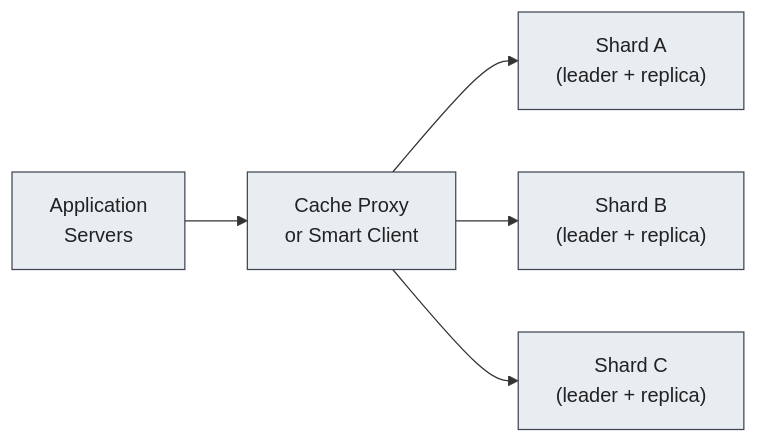
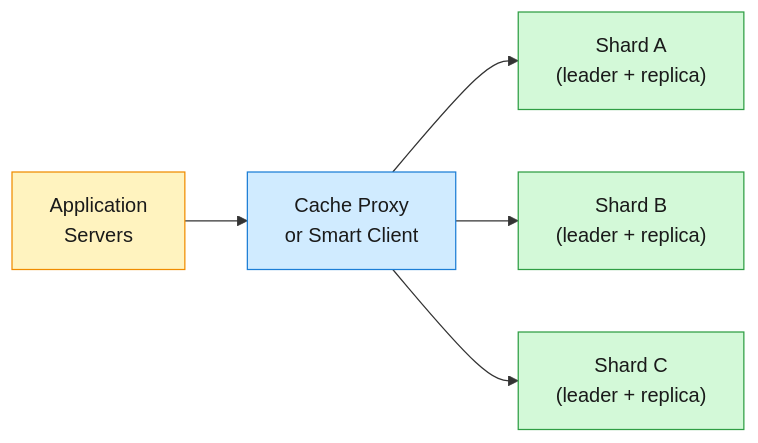
Before and after one commit to iliazlobin/iliazlobin.github.io: the first of 2 diagrams in _designs/system-design-distributed-cache.md, drawn with Mermaid. The commit also changed other lines of this file and 7 other files, not shown here.

First line of the commit message:
designs: fix Stock Trading — empty callouts + monochrome diagrams (#97)

````diff
--- a/_designs/system-design-distributed-cache.md
+++ b/_designs/system-design-distributed-cache.md
@@ -25,13 +25,17 @@
 ```mermaid
 flowchart LR
     App["Application<br/>Servers"]
     Proxy["Cache Proxy<br/>or Smart Client"]
     ShardA["Shard A<br/>(leader + replica)"]
     ShardB["Shard B<br/>(leader + replica)"]
     ShardC["Shard C<br/>(leader + replica)"]
     App --> Proxy --> ShardA
     Proxy --> ShardB
     Proxy --> ShardC
-    classDef box fill:#e8edf2,stroke:#445,color:#222
-    class App,Proxy,ShardA,ShardB,ShardC box
+    classDef edge fill:#fff3bf,stroke:#f08c00,color:#1a1a1a
+    classDef svc fill:#d0ebff,stroke:#1c7ed6,color:#1a1a1a
+    classDef store fill:#d3f9d8,stroke:#2f9e44,color:#1a1a1a
+    class App edge
+    class Proxy svc
+    class ShardA,ShardB,ShardC store
 ```
````
